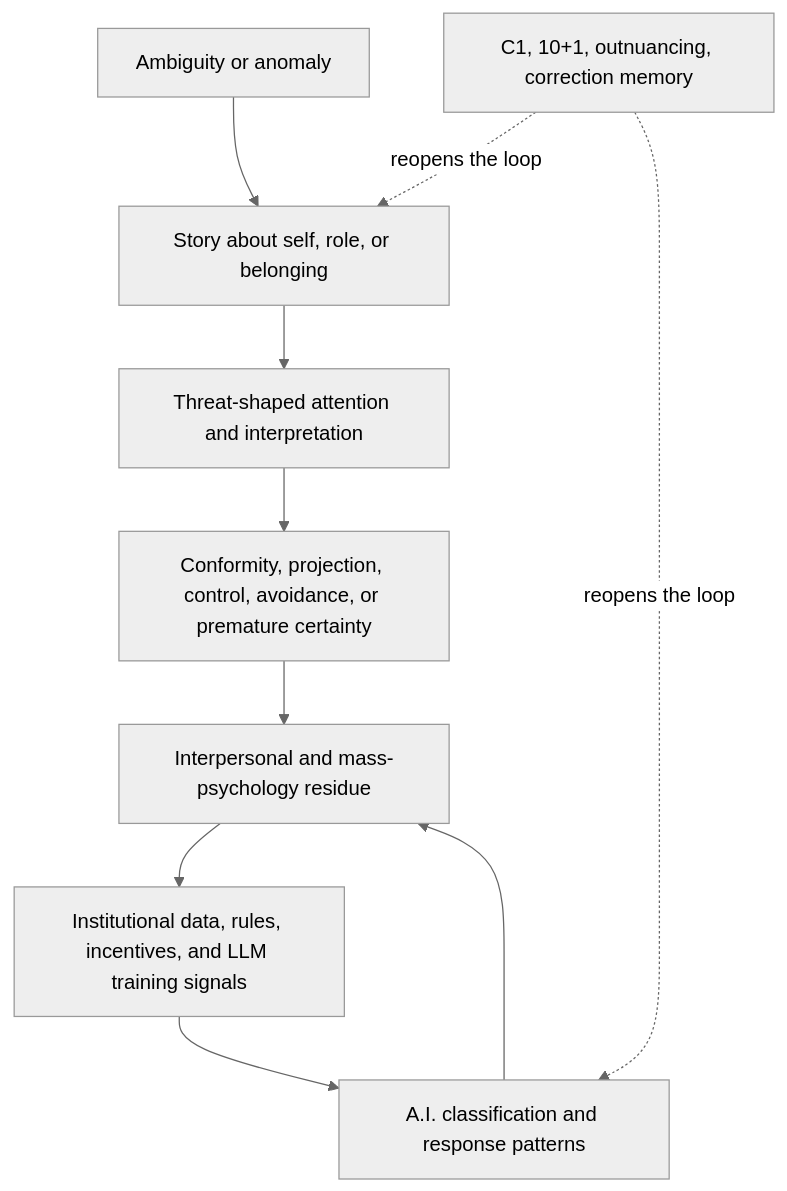
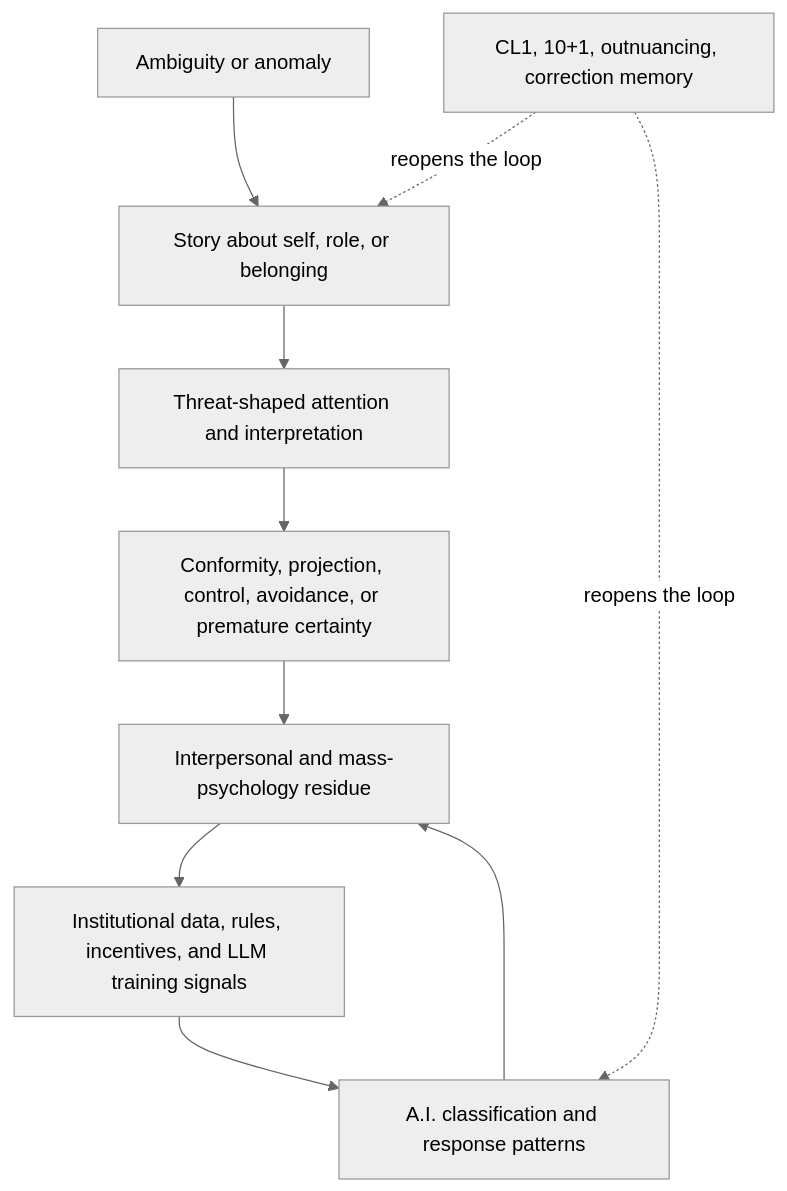
One commit to deepethics/ACCM-Deep-Ethics-Project changed the first of 3 diagrams in HUMAN-INSECURITY/index.md. Above: the diagram before and after it, drawn with Mermaid (neutral theme). The commit also changed other lines of this file and 68 other files, not shown here.

```diff
--- a/HUMAN-INSECURITY/index.md
+++ b/HUMAN-INSECURITY/index.md
@@ -40,12 +40,12 @@
 <div class="mermaid">
 flowchart TD
     A["Ambiguity or anomaly"] --> B["Story about self, role, or belonging"]
     B --> C["Threat-shaped attention and interpretation"]
     C --> D["Conformity, projection, control, avoidance, or premature certainty"]
     D --> E["Interpersonal and mass-psychology residue"]
     E --> F["Institutional data, rules, incentives, and LLM training signals"]
     F --> G["A.I. classification and response patterns"]
     G --> E
-    H["C1, 10+1, outnuancing, correction memory"] -. "reopens the loop" .-> B
+    H["CL1, 10+1, outnuancing, correction memory"] -. "reopens the loop" .-> B
     H -. "reopens the loop" .-> G
 </div>
```
